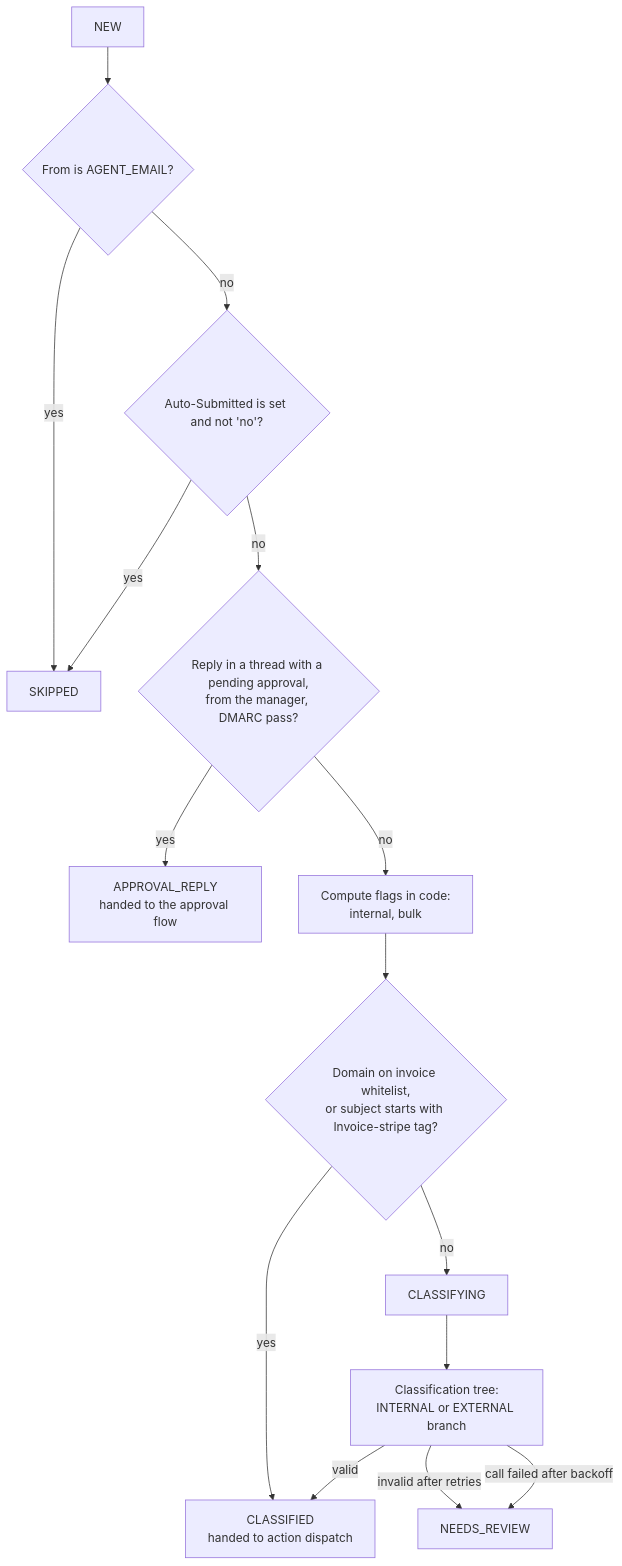
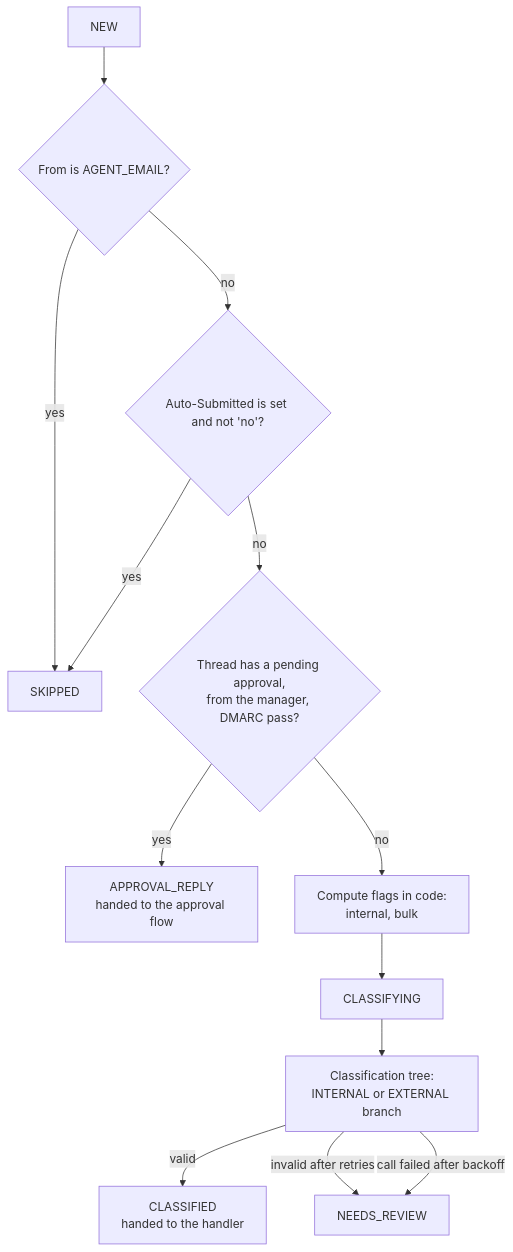
One commit to andreicaminschi/ai-email-assistant changed the second of 3 diagrams in docs/retrieve-classify.md. Above: the diagram before and after it, drawn with Mermaid. The commit also changed other lines of this file and 41 other files, not shown here.

First line of the commit message:
docs: simplify flows to per-pair handlers and yes/no approval

````diff
--- a/docs/retrieve-classify.md
+++ b/docs/retrieve-classify.md
@@ -57,17 +57,15 @@
 ```mermaid
 flowchart TD
     A[NEW] --> B{From is AGENT_EMAIL?}
     B -- yes --> S[SKIPPED]
     B -- no --> C{Auto-Submitted is set and not 'no'?}
     C -- yes --> S
-    C -- no --> D{Reply in a thread with a pending approval,<br/>from the manager, DMARC pass?}
+    C -- no --> D{Thread has a pending approval,<br/>from the manager, DMARC pass?}
     D -- yes --> AP[APPROVAL_REPLY<br/>handed to the approval flow]
     D -- no --> E[Compute flags in code:<br/>internal, bulk]
-    E --> FIN{Domain on invoice whitelist,<br/>or subject starts with Invoice-stripe tag?}
-    FIN -- yes --> H
-    FIN -- no --> F[CLASSIFYING]
+    E --> F[CLASSIFYING]
     F --> G[Classification tree:<br/>INTERNAL or EXTERNAL branch]
-    G -- valid --> H[CLASSIFIED<br/>handed to action dispatch]
+    G -- valid --> H[CLASSIFIED<br/>handed to the handler]
     G -- invalid after retries --> NR[NEEDS_REVIEW]
     G -- call failed after backoff --> NR
 ```
````
